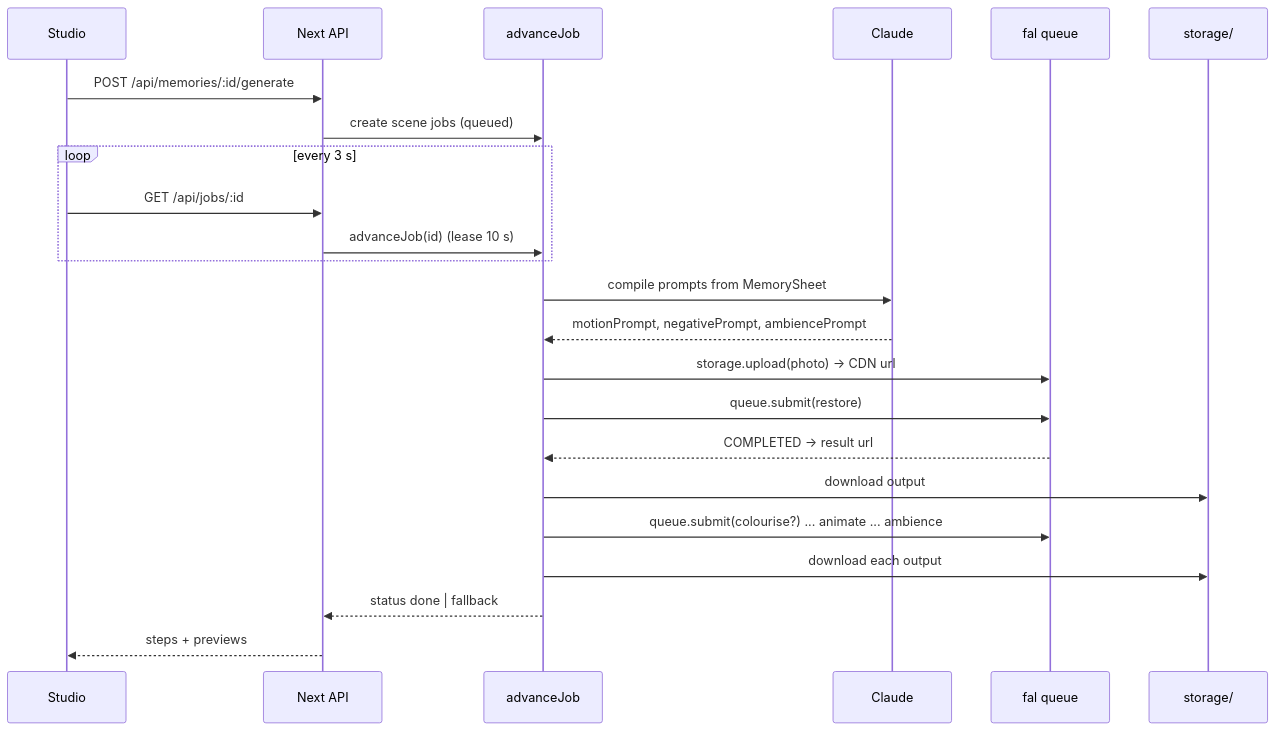
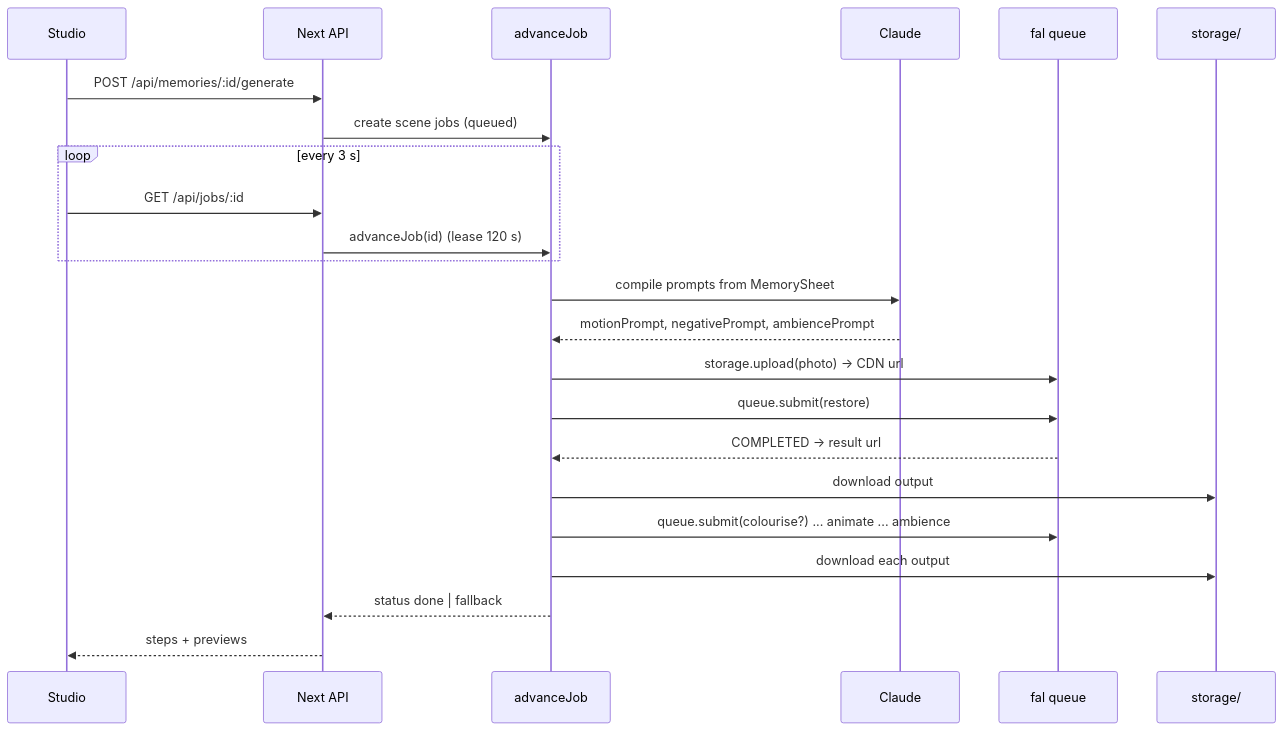
The second of 2 diagrams in TECHNICAL.md (alexd0104/ImperialAIHack), drawn with Mermaid before and after one commit. The commit also changed other lines of this file and 11 other files, not shown here.

````diff
--- a/TECHNICAL.md
+++ b/TECHNICAL.md
@@ -60,25 +60,25 @@
 ```mermaid
 sequenceDiagram
   participant St as Studio
   participant API as Next API
   participant J as advanceJob
   participant CL as Claude
   participant F as fal queue
   participant D as storage/
   St->>API: POST /api/memories/:id/generate
   API->>J: create scene jobs (queued)
   loop every 3 s
     St->>API: GET /api/jobs/:id
-    API->>J: advanceJob(id) (lease 10 s)
+    API->>J: advanceJob(id) (lease 120 s)
   end
   J->>CL: compile prompts from MemorySheet
   CL-->>J: motionPrompt, negativePrompt, ambiencePrompt
   J->>F: storage.upload(photo) → CDN url
   J->>F: queue.submit(restore)
   F-->>J: COMPLETED → result url
   J->>D: download output
   J->>F: queue.submit(colourise?) ... animate ... ambience
   J->>D: download each output
   J-->>API: status done | fallback
   API-->>St: steps + previews
 ```
````
